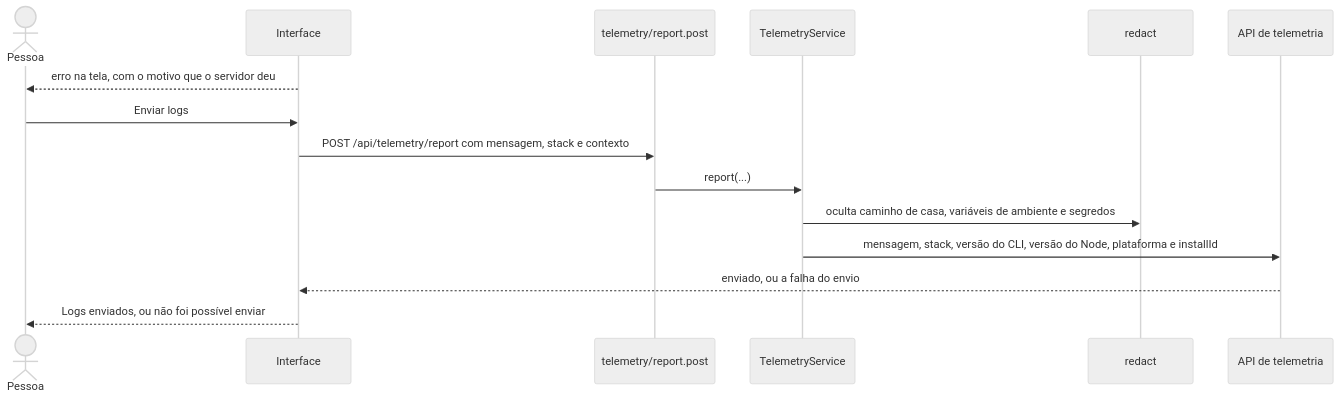
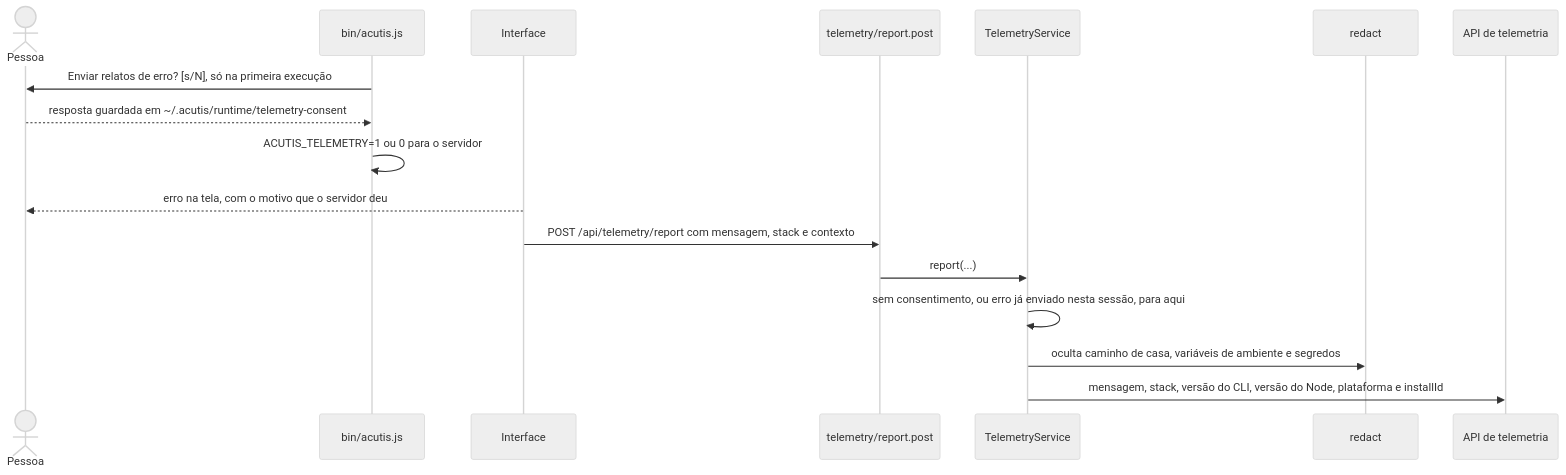
Diagram 28 of 28 in docs/DIAGRAMS/SEQUENCE-DIAGRAMS.md (KauanCalheiro/acutis), drawn with Mermaid (neutral theme) before and after one commit. The commit also changed other lines of this file and 22 other files, not shown here.

First line of the commit message:
Add telemetry consent with automatic error reporting (#198)

````diff
--- a/docs/DIAGRAMS/SEQUENCE-DIAGRAMS.md
+++ b/docs/DIAGRAMS/SEQUENCE-DIAGRAMS.md
@@ -974,18 +974,20 @@
 ```mermaid
 sequenceDiagram
   actor Pessoa
+  participant CLI as bin/acutis.js
   participant App as Interface
   participant API as telemetry/report.post
   participant T as TelemetryService
   participant RD as redact
   participant EX as API de telemetria
 
+  CLI->>Pessoa: Enviar relatos de erro? [s/N], só na primeira execução
+  Pessoa-->>CLI: resposta guardada em ~/.acutis/runtime/telemetry-consent
+  CLI->>CLI: ACUTIS_TELEMETRY=1 ou 0 para o servidor
   App-->>Pessoa: erro na tela, com o motivo que o servidor deu
-  Pessoa->>App: Enviar logs
   App->>API: POST /api/telemetry/report com mensagem, stack e contexto
   API->>T: report(...)
+  T->>T: sem consentimento, ou erro já enviado nesta sessão, para aqui
   T->>RD: oculta caminho de casa, variáveis de ambiente e segredos
   T->>EX: mensagem, stack, versão do CLI, versão do Node, plataforma e installId
-  EX-->>App: enviado, ou a falha do envio
-  App-->>Pessoa: Logs enviados, ou não foi possível enviar
 ```
````
